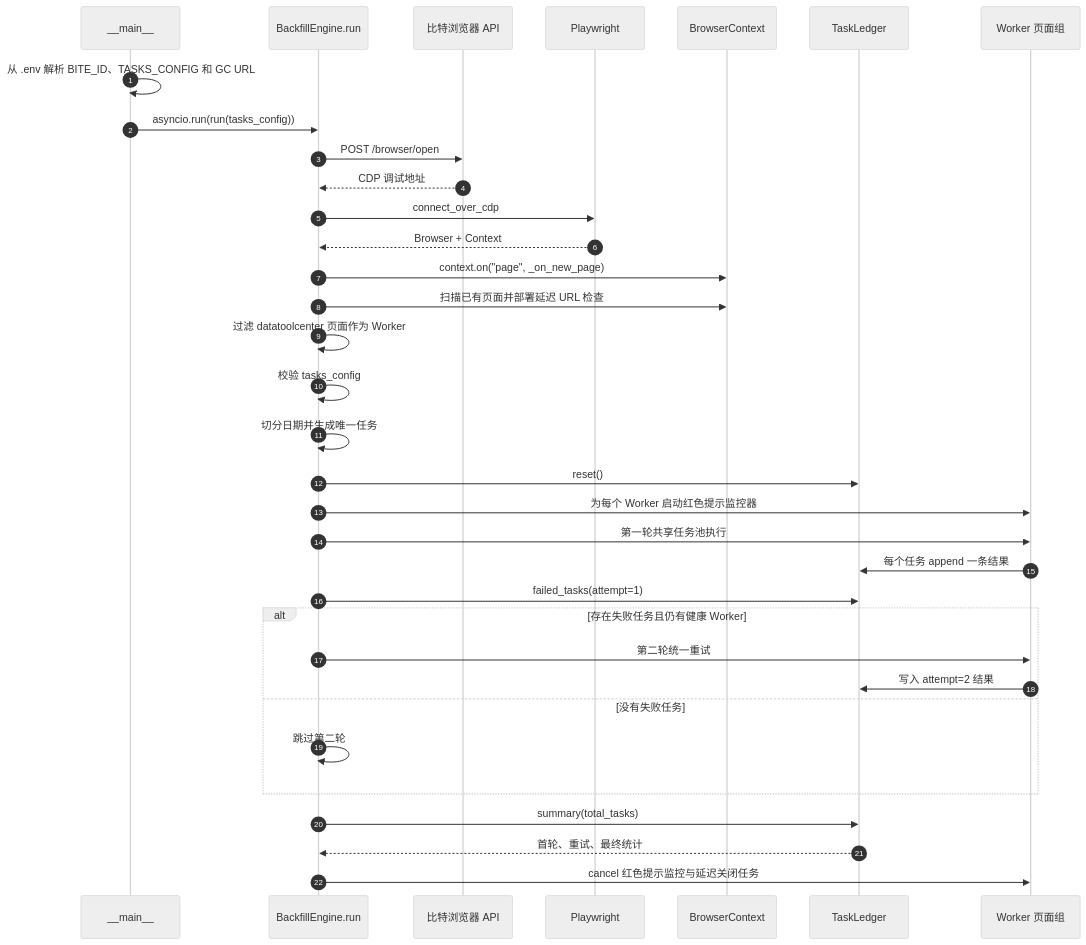
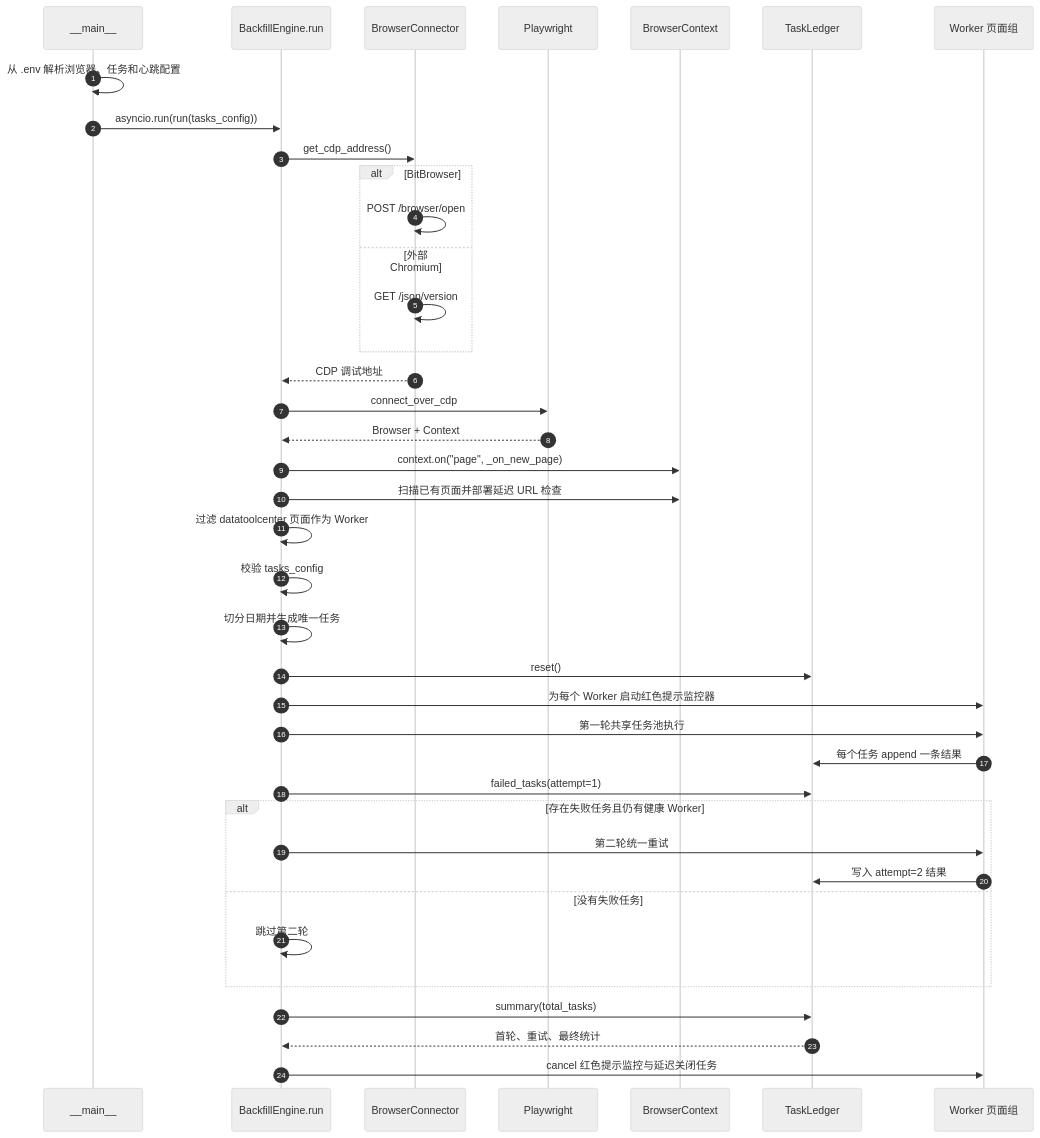
Before and after one commit to liao084/BitBrowser-Backfill-Engine: the fourth of 15 diagrams in ARCHITECTURE.md, drawn with Mermaid (neutral theme). The commit also changed other lines of this file and 6 other files, not shown here.

````diff
--- a/ARCHITECTURE.md
+++ b/ARCHITECTURE.md
@@ -145,37 +155,42 @@
 ```mermaid
 sequenceDiagram
     autonumber
     participant Main as __main__
     participant Engine as BackfillEngine.run
-    participant Bit as 比特浏览器 API
+    participant Connector as BrowserConnector
     participant PW as Playwright
     participant Ctx as BrowserContext
     participant Ledger as TaskLedger
     participant Workers as Worker 页面组
 
-    Main->>Main: 从 .env 解析 BITE_ID、TASKS_CONFIG 和 GC URL
+    Main->>Main: 从 .env 解析浏览器、任务和心跳配置
     Main->>Engine: asyncio.run(run(tasks_config))
-    Engine->>Bit: POST /browser/open
-    Bit-->>Engine: CDP 调试地址
+    Engine->>Connector: get_cdp_address()
+    alt BitBrowser
+        Connector->>Connector: POST /browser/open
+    else 外部 Chromium
+        Connector->>Connector: GET /json/version
+    end
+    Connector-->>Engine: CDP 调试地址
     Engine->>PW: connect_over_cdp
     PW-->>Engine: Browser + Context
     Engine->>Ctx: context.on("page", _on_new_page)
     Engine->>Ctx: 扫描已有页面并部署延迟 URL 检查
     Engine->>Engine: 过滤 datatoolcenter 页面作为 Worker
     Engine->>Engine: 校验 tasks_config
     Engine->>Engine: 切分日期并生成唯一任务
     Engine->>Ledger: reset()
     Engine->>Workers: 为每个 Worker 启动红色提示监控器
     Engine->>Workers: 第一轮共享任务池执行
     Workers->>Ledger: 每个任务 append 一条结果
     Engine->>Ledger: failed_tasks(attempt=1)
     alt 存在失败任务且仍有健康 Worker
         Engine->>Workers: 第二轮统一重试
         Workers->>Ledger: 写入 attempt=2 结果
     else 没有失败任务
         Engine->>Engine: 跳过第二轮
     end
     Engine->>Ledger: summary(total_tasks)
     Ledger-->>Engine: 首轮、重试、最终统计
     Engine->>Workers: cancel 红色提示监控与延迟关闭任务
 ```
````
